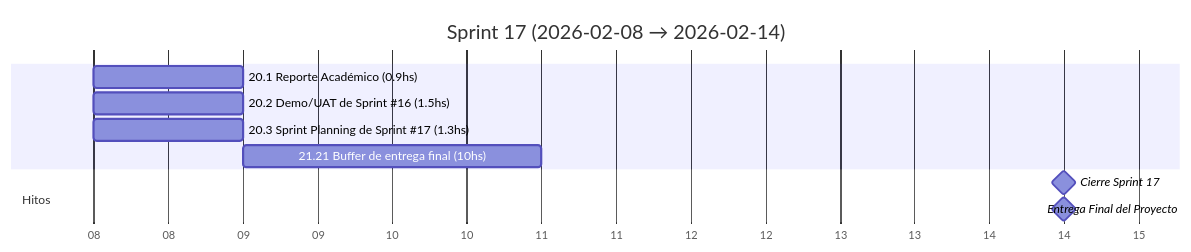
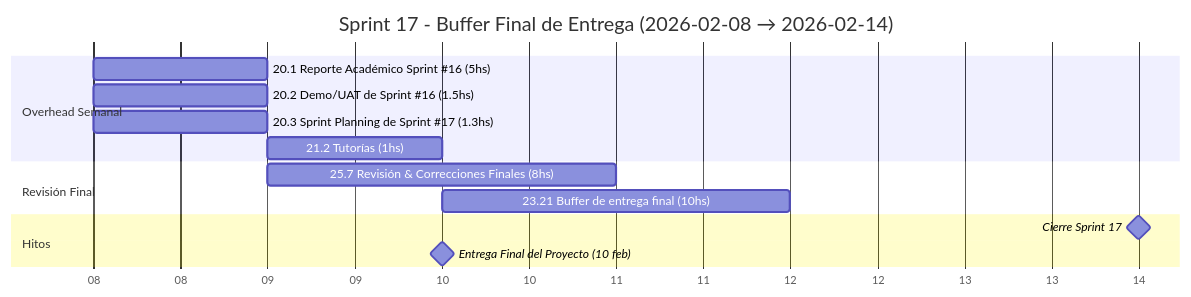
One commit to MarkMed/FleetMan changed diagram 18 of 19 in docs/SprintsGantts.md. Above: the diagram before and after it, drawn with Mermaid. The commit also changed other lines of this file and 2 other files, not shown here.

Commit message:
refactor(sprints): update Sprint #16 and #17 objectives, tasks, and documentation focus

````diff
--- a/docs/SprintsGantts.md
+++ b/docs/SprintsGantts.md
@@ -538,17 +564,22 @@
 ```mermaid
 gantt
-  title Sprint 17 (2026-02-08 → 2026-02-14)
+  title Sprint 17 - Buffer Final de Entrega (2026-02-08 → 2026-02-14)
   dateFormat  YYYY-MM-DD
   axisFormat  %d
 
-  %% Asumimos 5 h/día. Horas estimadas incluidas en el nombre.
+  %% Asumimos 5 h/día. Sprint de cierre con correcciones finales.
 
-  20.1 Reporte Académico (0.9hs)               :t201, 2026-02-08, 1d
+  section Overhead Semanal
+  20.1 Reporte Académico Sprint #16 (5hs)      :t201, 2026-02-08, 1d
   20.2 Demo/UAT de Sprint #16 (1.5hs)          :t202, 2026-02-08, 1d
-  20.3 Sprint Planning de Sprint #17 (1.3hs)      :t203, 2026-02-08, 1d
-  21.21 Buffer de entrega final (10hs)         :t2121, after t203, 2d
+  20.3 Sprint Planning de Sprint #17 (1.3hs)   :t203, 2026-02-08, 1d
+  21.2 Tutorías (1hs)                          :t212, 2026-02-09, 1d
+
+  section Revisión Final
+  25.7 Revisión & Correcciones Finales (8hs)   :t257, 2026-02-09, 2d
+  23.21 Buffer de entrega final (10hs)         :t2321, 2026-02-10, 2d
 
   section Hitos
-  Cierre Sprint 17                             :milestone, s17, 2026-02-14, 1d
-  Entrega Final del Proyecto                    :milestone, acadfinal, 2026-02-14, 1d
+  Cierre Sprint 17                             :milestone, s17, 2026-02-14, 0d
+  Entrega Final del Proyecto (10 feb)          :milestone, acadfinal, 2026-02-10, 0d
 ```
````
